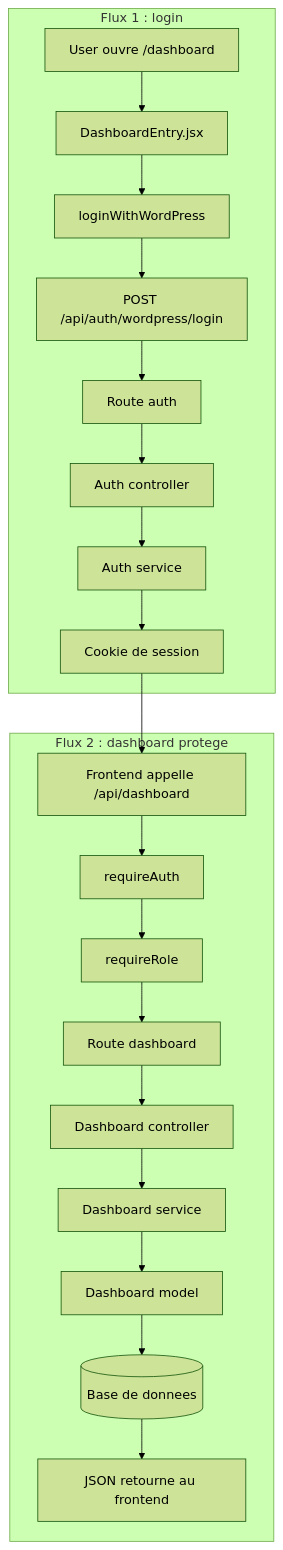
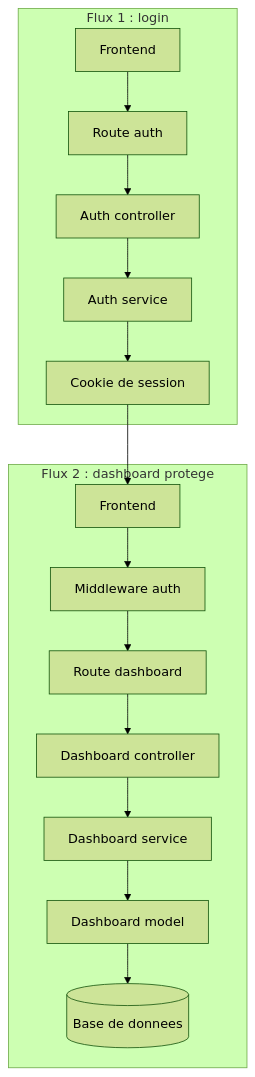
Before and after one commit to samuel-corinthe/MarsAi: the diagram in README.md, drawn with Mermaid (forest theme).

Commit message:
commit last schema

````diff
--- a/README.md
+++ b/README.md
@@ -25,31 +25,26 @@
 ```mermaid
 flowchart TD
     subgraph A[Flux 1 : login]
-        A1[User ouvre /dashboard]
-        A2[DashboardEntry.jsx]
-        A3[loginWithWordPress]
-        A4[POST /api/auth/wordpress/login]
-        A5[Route auth]
-        A6[Auth controller]
-        A7[Auth service]
-        A8[Cookie de session]
+        A1[Frontend]
+        A2[Route auth]
+        A3[Auth controller]
+        A4[Auth service]
+        A5[Cookie de session]
 
-        A1 --> A2 --> A3 --> A4 --> A5 --> A6 --> A7 --> A8
+        A1 --> A2 --> A3 --> A4 --> A5
     end
 
     subgraph B[Flux 2 : dashboard protege]
-        B1[Frontend appelle /api/dashboard]
-        B2[requireAuth]
-        B3[requireRole]
-        B4[Route dashboard]
-        B5[Dashboard controller]
-        B6[Dashboard service]
-        B7[Dashboard model]
-        B8[(Base de donnees)]
-        B9[JSON retourne au frontend]
+        B1[Frontend]
+        B2[Middleware auth]
+        B3[Route dashboard]
+        B4[Dashboard controller]
+        B5[Dashboard service]
+        B6[Dashboard model]
+        B7[(Base de donnees)]
 
-        B1 --> B2 --> B3 --> B4 --> B5 --> B6 --> B7 --> B8 --> B9
+        B1 --> B2 --> B3 --> B4 --> B5 --> B6 --> B7
     end
 
-    A8 --> B1
+    A5 --> B1
 ```
````
